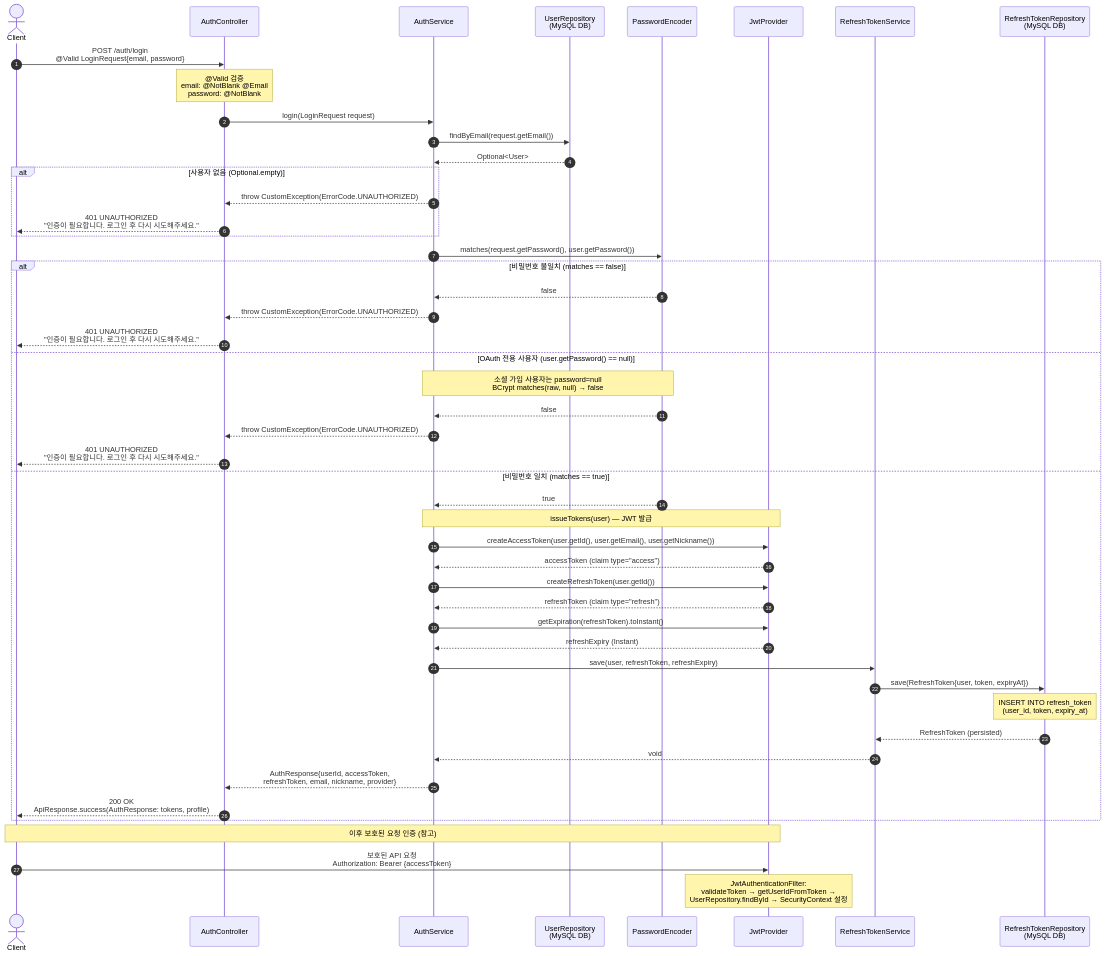
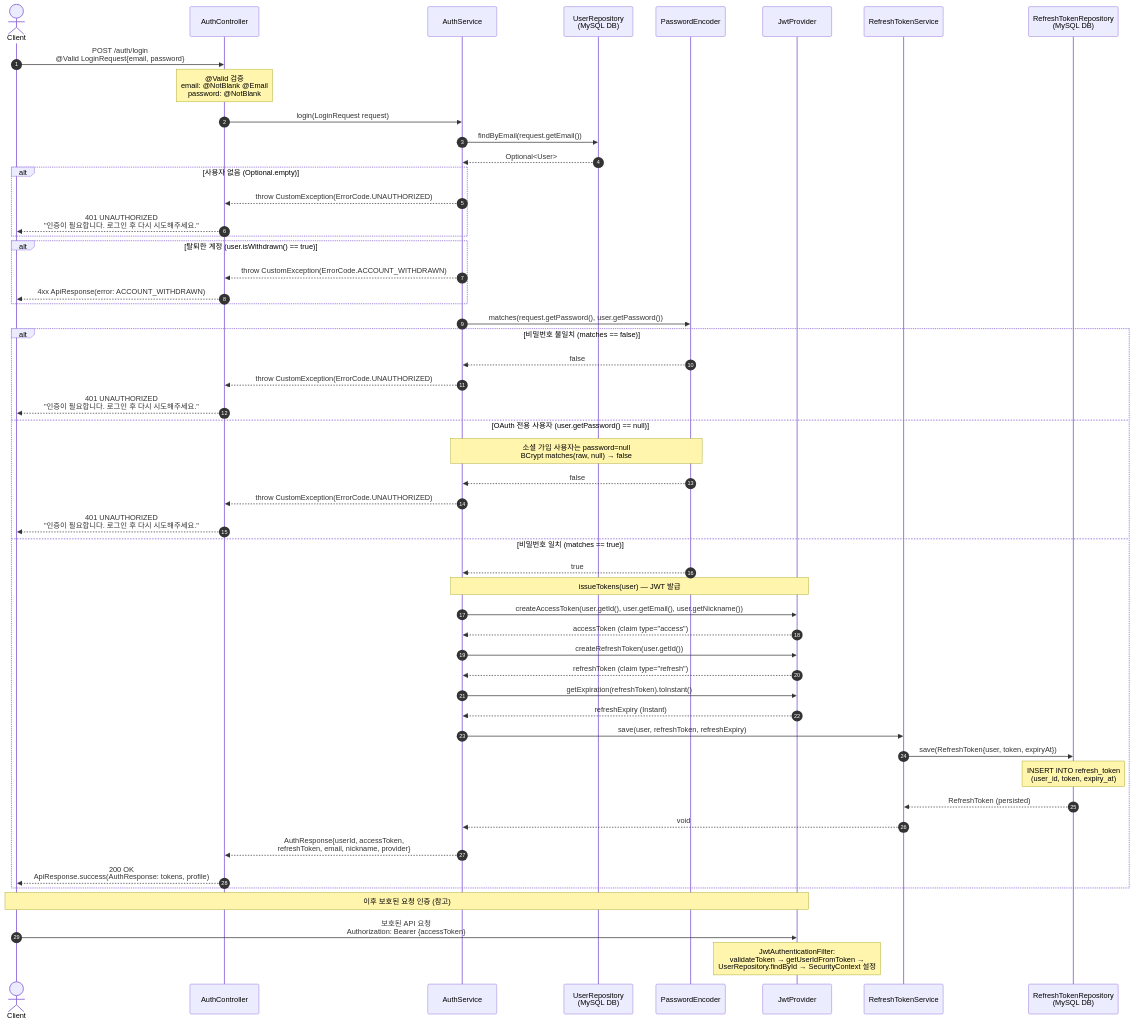
The second of 4 diagrams in docs/SDS/sequenceDiagram/authSequenceDiagram.md (DraWeTeam/drawe), drawn with Mermaid before and after one commit. The commit also changed other lines of this file and 20 other files, not shown here.

````diff
--- a/docs/SDS/sequenceDiagram/authSequenceDiagram.md
+++ b/docs/SDS/sequenceDiagram/authSequenceDiagram.md
@@ -167,60 +167,65 @@
 ```mermaid
 sequenceDiagram
     autonumber
     actor Client
     participant AuthController
     participant AuthService
     participant UserRepository as UserRepository<br/>(MySQL DB)
     participant PasswordEncoder
     participant JwtProvider
     participant RefreshTokenService
     participant RefreshTokenRepository as RefreshTokenRepository<br/>(MySQL DB)
 
     Client->>AuthController: POST /auth/login<br/>@Valid LoginRequest{email, password}
     Note over AuthController: @Valid 검증<br/>email: @NotBlank @Email<br/>password: @NotBlank
     AuthController->>AuthService: login(LoginRequest request)
 
     AuthService->>UserRepository: findByEmail(request.getEmail())
     UserRepository-->>AuthService: Optional<User>
 
     alt 사용자 없음 (Optional.empty)
         AuthService-->>AuthController: throw CustomException(ErrorCode.UNAUTHORIZED)
         AuthController-->>Client: 401 UNAUTHORIZED<br/>"인증이 필요합니다. 로그인 후 다시 시도해주세요."
+    end
+
+    alt 탈퇴한 계정 (user.isWithdrawn() == true)
+        AuthService-->>AuthController: throw CustomException(ErrorCode.ACCOUNT_WITHDRAWN)
+        AuthController-->>Client: 4xx ApiResponse(error: ACCOUNT_WITHDRAWN)
     end
 
     AuthService->>PasswordEncoder: matches(request.getPassword(), user.getPassword())
 
     alt 비밀번호 불일치 (matches == false)
         PasswordEncoder-->>AuthService: false
         AuthService-->>AuthController: throw CustomException(ErrorCode.UNAUTHORIZED)
         AuthController-->>Client: 401 UNAUTHORIZED<br/>"인증이 필요합니다. 로그인 후 다시 시도해주세요."
     else OAuth 전용 사용자 (user.getPassword() == null)
         Note over AuthService,PasswordEncoder: 소셜 가입 사용자는 password=null<br/>BCrypt matches(raw, null) → false
         PasswordEncoder-->>AuthService: false
         AuthService-->>AuthController: throw CustomException(ErrorCode.UNAUTHORIZED)
         AuthController-->>Client: 401 UNAUTHORIZED<br/>"인증이 필요합니다. 로그인 후 다시 시도해주세요."
     else 비밀번호 일치 (matches == true)
         PasswordEncoder-->>AuthService: true
 
         Note over AuthService,JwtProvider: issueTokens(user) — JWT 발급
         AuthService->>JwtProvider: createAccessToken(user.getId(), user.getEmail(), user.getNickname())
         JwtProvider-->>AuthService: accessToken (claim type="access")
         AuthService->>JwtProvider: createRefreshToken(user.getId())
         JwtProvider-->>AuthService: refreshToken (claim type="refresh")
         AuthService->>JwtProvider: getExpiration(refreshToken).toInstant()
         JwtProvider-->>AuthService: refreshExpiry (Instant)
 
         AuthService->>RefreshTokenService: save(user, refreshToken, refreshExpiry)
         RefreshTokenService->>RefreshTokenRepository: save(RefreshToken{user, token, expiryAt})
         Note over RefreshTokenRepository: INSERT INTO refresh_token<br/>(user_id, token, expiry_at)
         RefreshTokenRepository-->>RefreshTokenService: RefreshToken (persisted)
         RefreshTokenService-->>AuthService: void
 
         AuthService-->>AuthController: AuthResponse{userId, accessToken,<br/>refreshToken, email, nickname, provider}
         AuthController-->>Client: 200 OK<br/>ApiResponse.success(AuthResponse: tokens, profile)
     end
 
     Note over Client,JwtProvider: 이후 보호된 요청 인증 (참고)
     Client->>JwtProvider: 보호된 API 요청<br/>Authorization: Bearer {accessToken}
     Note over JwtProvider: JwtAuthenticationFilter:<br/>validateToken → getUserIdFromToken →<br/>UserRepository.findById → SecurityContext 설정
 ```
````
